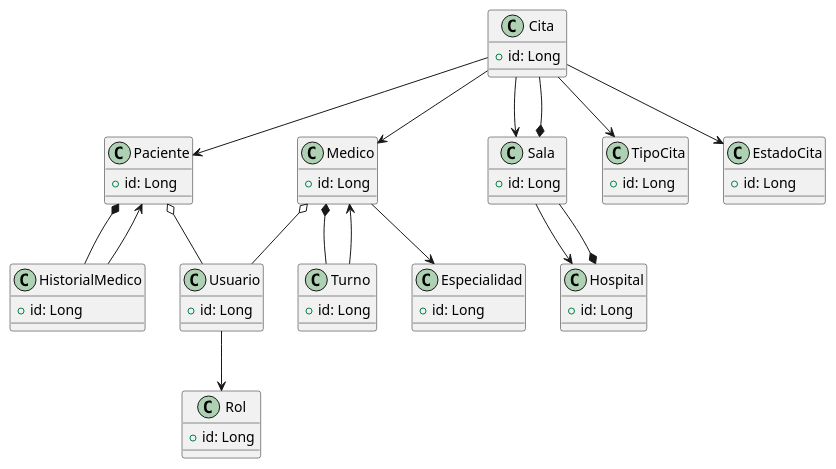
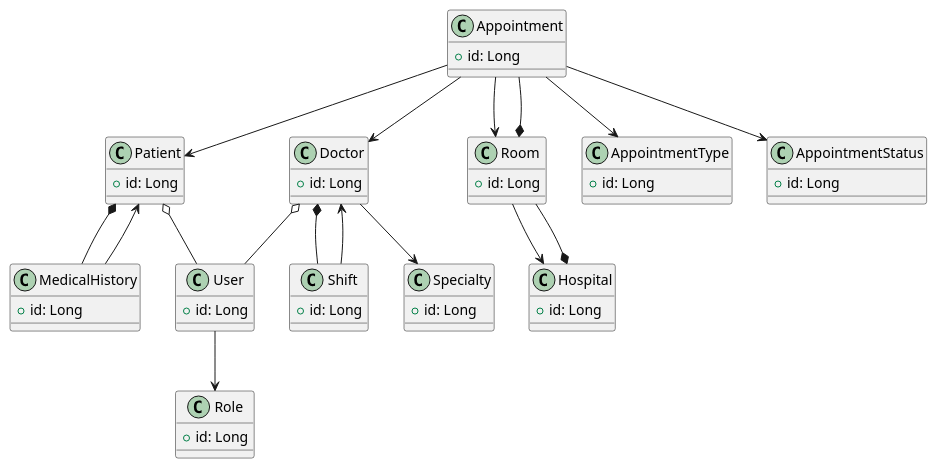
One commit to AFSB114/test-concept-adso-2899747 changed the diagram in docs/diagrams/class/clases-uml.wsd. Above: the diagram before and after it, drawn with PlantUML. The commit also changed 11 other files, not shown here.

Commit message:
docs: translate all diagrams and documentation to English

```diff
--- a/docs/diagrams/class/clases-uml.wsd
+++ b/docs/diagrams/class/clases-uml.wsd
@@ -1,71 +1,71 @@
-@startuml Diagrama de Clases UML
+@startuml UML Class Diagram
 
-class Paciente {
+class Patient {
     +id: Long
 }
 
-class Medico {
+class Doctor {
     +id: Long
 }
 
-class Cita {
+class Appointment {
     +id: Long
 }
 
-class Sala {
+class Room {
     +id: Long
 }
 
 class Hospital {
     +id: Long
 }
 
-class HistorialMedico {
+class MedicalHistory {
     +id: Long
 }
 
-class Turno {
+class Shift {
     +id: Long
 }
 
-class Usuario {
+class User {
     +id: Long
 }
 
-class Rol {
+class Role {
     +id: Long
 }
 
-class TipoCita {
+class AppointmentType {
     +id: Long
 }
 
-class EstadoCita {
+class AppointmentStatus {
     +id: Long
 }
 
-class Especialidad {
+class Specialty {
     +id: Long
 }
 
-' Relaciones de composición
-Hospital *-- Sala
-Sala *-- Cita
-Paciente *-- HistorialMedico
-Medico *-- Turno
+' Composition relationships
+Hospital *-- Room
+Room *-- Appointment
+Patient *-- MedicalHistory
+Doctor *-- Shift
 
-' Relaciones de asociación
-Paciente o-- Usuario
-Medico o-- Usuario
-Usuario --> Rol
-Cita --> TipoCita
-Cita --> EstadoCita
-Medico --> Especialidad
-Cita --> Paciente
-Cita --> Medico
-Cita --> Sala
-Sala --> Hospital
-HistorialMedico --> Paciente
-Turno --> Medico
+' Association relationships
+Patient o-- User
+Doctor o-- User
+User --> Role
+Appointment --> AppointmentType
+Appointment --> AppointmentStatus
+Doctor --> Specialty
+Appointment --> Patient
+Appointment --> Doctor
+Appointment --> Room
+Room --> Hospital
+MedicalHistory --> Patient
+Shift --> Doctor
 
 @enduml
```
